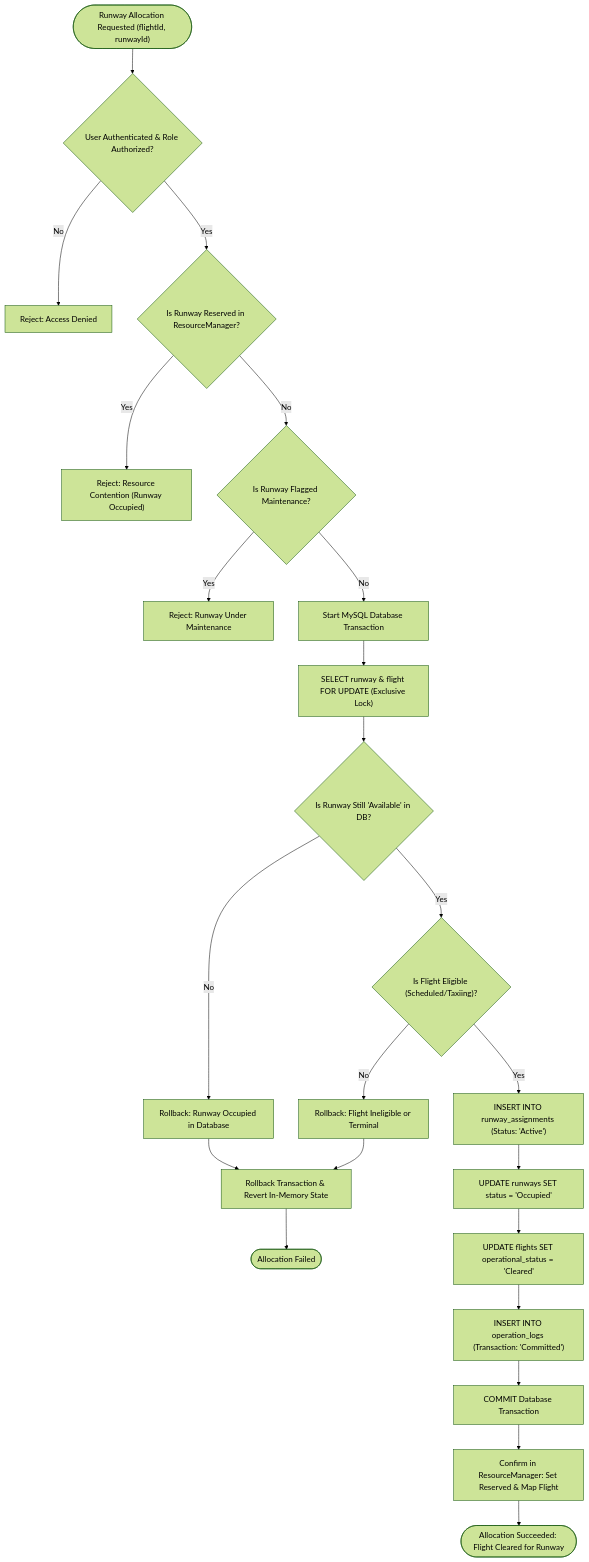
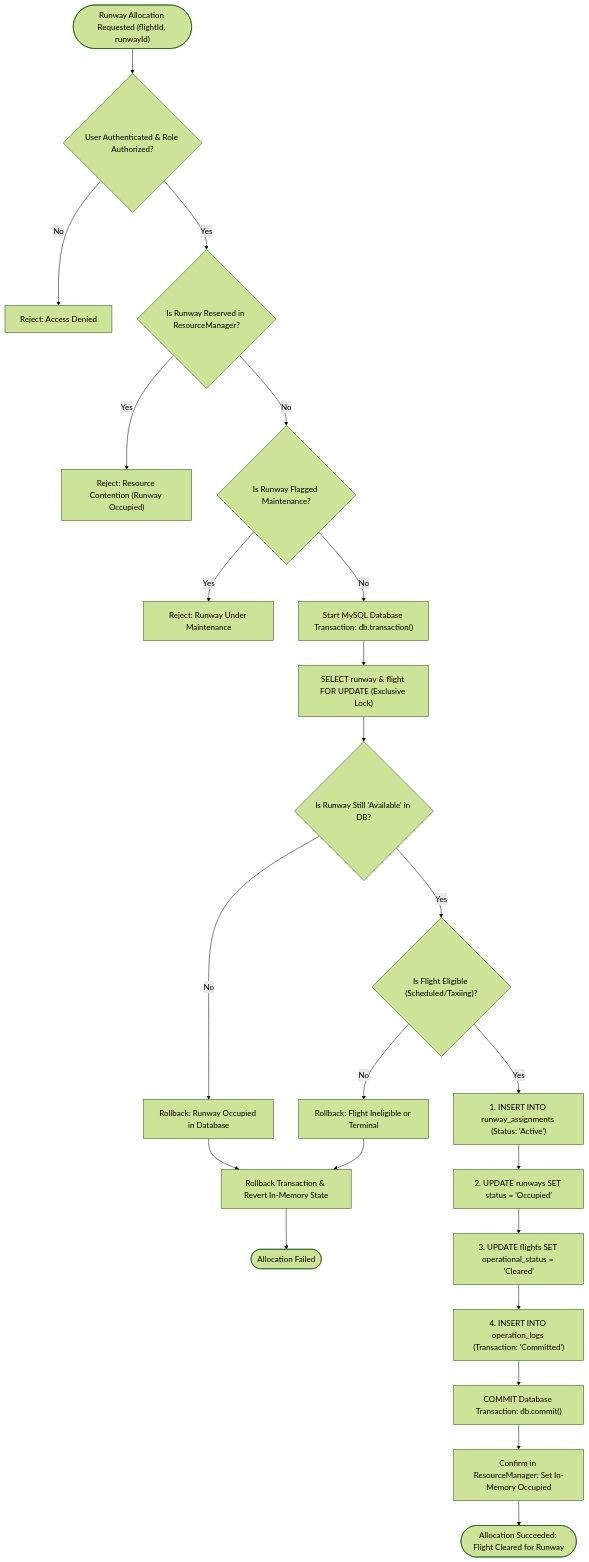
The diagram in docs/RESOURCE_ALLOCATION.md (DhruvPathak12/Airport-Runway-Manager-Resource-Allocation), drawn with Mermaid (forest theme) before and after one commit. The commit also changed other lines of this file and 23 other files, not shown here.

Commit message:
docs: correct scheduler and architecture documentation

````diff
--- a/docs/RESOURCE_ALLOCATION.md
+++ b/docs/RESOURCE_ALLOCATION.md
@@ -48,28 +48,28 @@
 ```mermaid
 flowchart TD
     Start(["Runway Allocation Requested (flightId, runwayId)"]) --> CheckAuth{"User Authenticated & Role Authorized?"}
     CheckAuth -- No --> RejectAuth["Reject: Access Denied"]
     CheckAuth -- Yes --> CheckInMem{"Is Runway Reserved in ResourceManager?"}
     CheckInMem -- Yes --> RejectContention["Reject: Resource Contention (Runway Occupied)"]
     CheckInMem -- No --> CheckMaint{"Is Runway Flagged Maintenance?"}
     CheckMaint -- Yes --> RejectMaint["Reject: Runway Under Maintenance"]
-    CheckMaint -- No --> StartTx["Start MySQL Database Transaction"]
+    CheckMaint -- No --> StartTx["Start MySQL Database Transaction: db.transaction()"]
     
     StartTx --> RowLock["SELECT runway & flight FOR UPDATE (Exclusive Lock)"]
     RowLock --> VerifyDB{"Is Runway Still 'Available' in DB?"}
     VerifyDB -- No --> RollbackBusy["Rollback: Runway Occupied in Database"]
     VerifyDB -- Yes --> CheckFlight{"Is Flight Eligible (Scheduled/Taxiing)?"}
     CheckFlight -- No --> RollbackFlight["Rollback: Flight Ineligible or Terminal"]
-    CheckFlight -- Yes --> InsertAssign["INSERT INTO runway_assignments (Status: 'Active')"]
-    InsertAssign --> UpdateRW["UPDATE runways SET status = 'Occupied'"]
-    UpdateRW --> UpdateFLT["UPDATE flights SET operational_status = 'Cleared'"]
-    UpdateFLT --> InsertLog["INSERT INTO operation_logs (Transaction: 'Committed')"]
-    InsertLog --> Commit["COMMIT Database Transaction"]
+    CheckFlight -- Yes --> InsertAssign["1. INSERT INTO runway_assignments (Status: 'Active')"]
+    InsertAssign --> UpdateRW["2. UPDATE runways SET status = 'Occupied'"]
+    UpdateRW --> UpdateFLT["3. UPDATE flights SET operational_status = 'Cleared'"]
+    UpdateFLT --> InsertLog["4. INSERT INTO operation_logs (Transaction: 'Committed')"]
+    InsertLog --> Commit["COMMIT Database Transaction: db.commit()"]
     
-    Commit --> SyncInMem["Confirm in ResourceManager: Set Reserved & Map Flight"]
+    Commit --> SyncInMem["Confirm in ResourceManager: Set In-Memory Occupied"]
     SyncInMem --> Success(["Allocation Succeeded: Flight Cleared for Runway"])
     
     RollbackBusy --> RollbackCleanup["Rollback Transaction & Revert In-Memory State"]
     RollbackFlight --> RollbackCleanup
     RollbackCleanup --> Failure(["Allocation Failed"])
 ```
````
